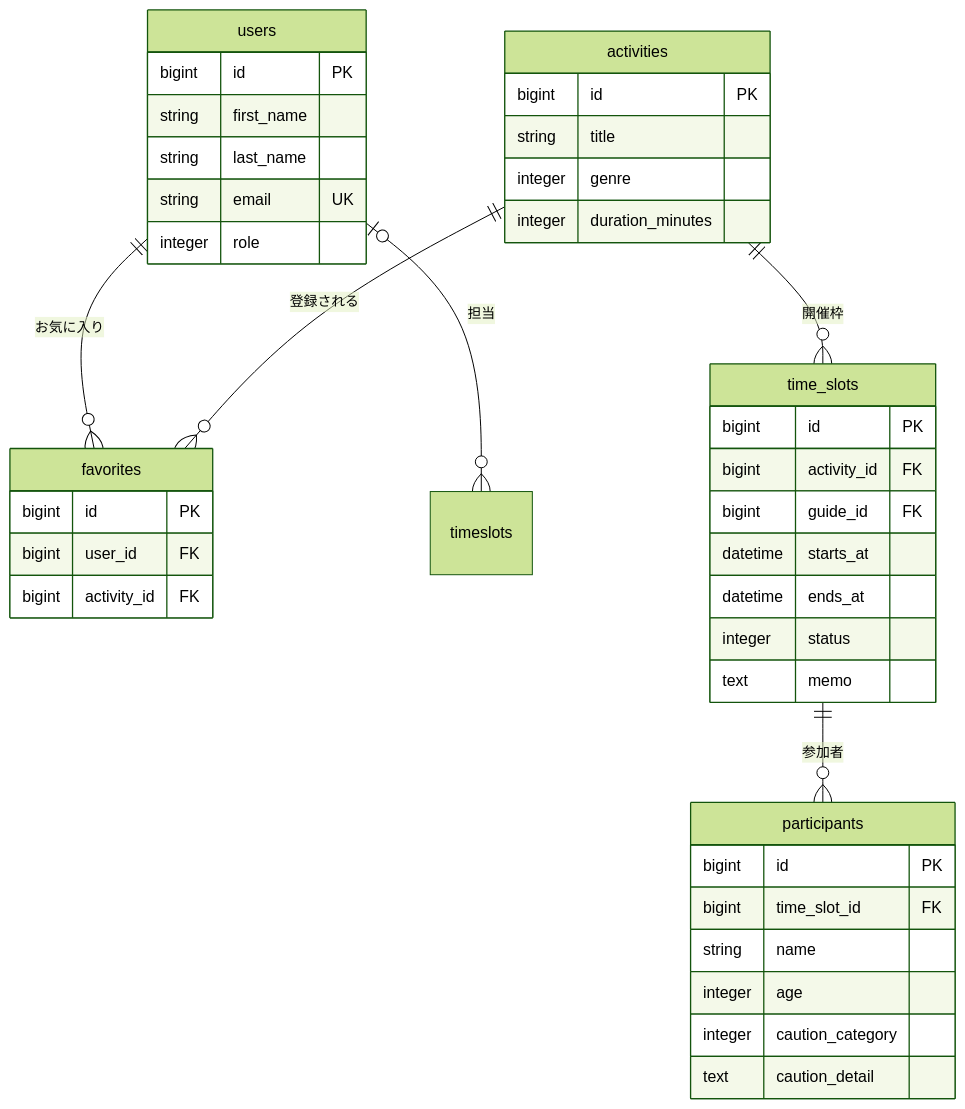
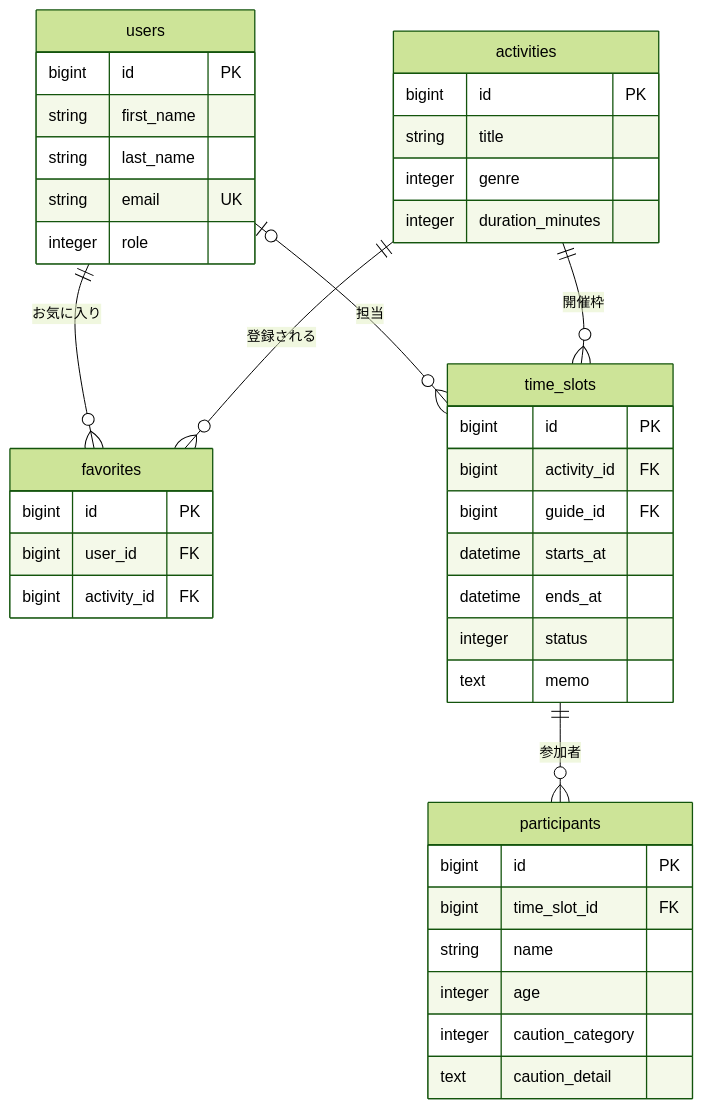
Before and after one commit to kame-888/activity_guidetool_app: the second of 2 diagrams in README.md, drawn with Mermaid (forest theme).

Commit message:
READMEも修正

````diff
--- a/README.md
+++ b/README.md
@@ -88,44 +88,44 @@
 ```mermaid
 erDiagram
     users ||--o{ favorites : "お気に入り"
-    users |o--o{ timeslots : "担当"
+    users |o--o{ time_slots : "担当"
     activities ||--o{ favorites : "登録される"
     activities ||--o{ time_slots : "開催枠"
     time_slots ||--o{ participants : "参加者"
 
     users {
         bigint id PK
         string first_name
         string last_name
         string email UK
         integer role
     }
     activities {
         bigint id PK
         string title
         integer genre
         integer duration_minutes
     }
     time_slots {
         bigint id PK
         bigint activity_id FK
         bigint guide_id FK
         datetime starts_at
         datetime ends_at
         integer status
         text memo
     }
     participants {
         bigint id PK
         bigint time_slot_id FK
         string name
         integer age
         integer caution_category
         text caution_detail
     }
     favorites {
         bigint id PK
         bigint user_id FK
         bigint activity_id FK
     }
 ```
````
